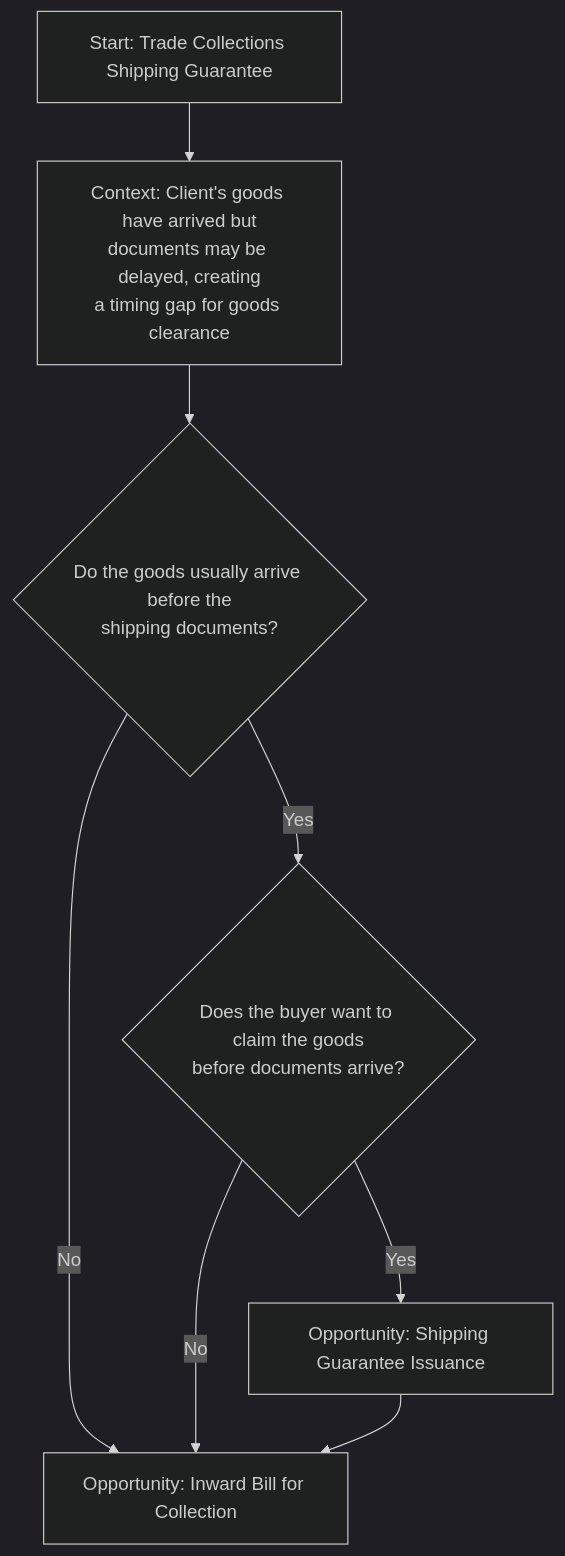
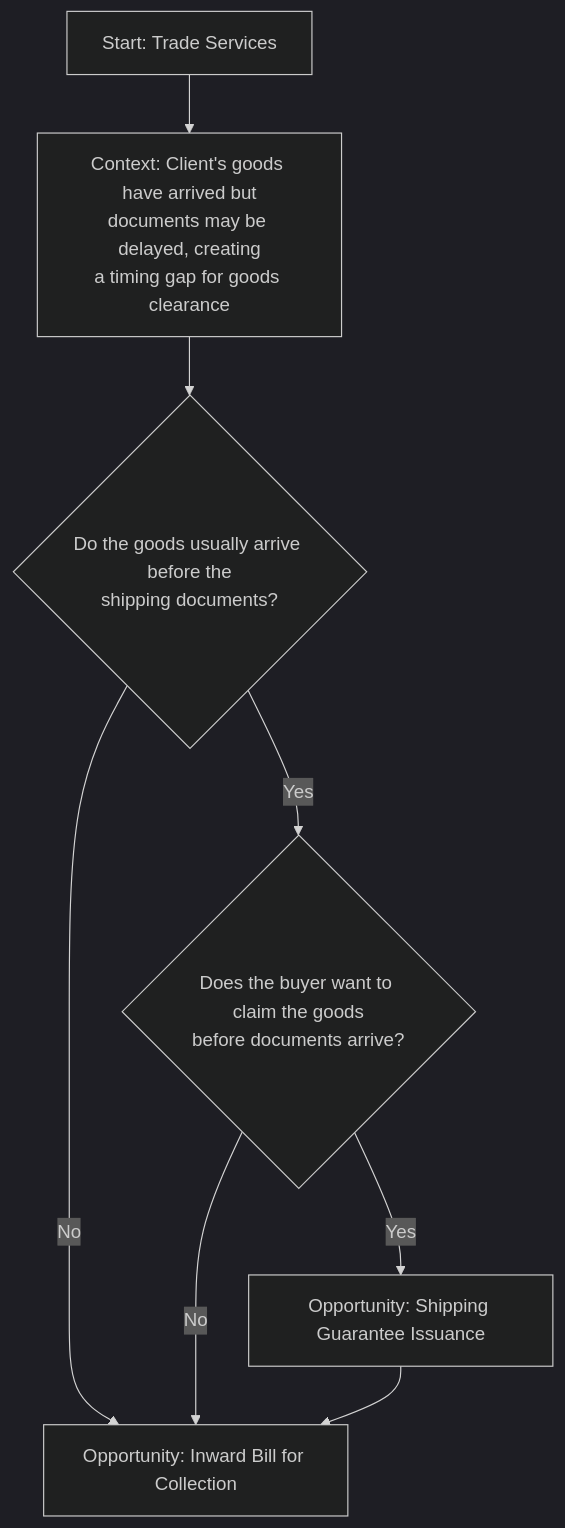
The diagram in tvc_decision_trees/collections_decision_trees/trade_services_tree.md (sage-develop/why), drawn with Mermaid (dark theme) before and after one commit. The commit also changed 3 other files, not shown here.

Commit message:
update Shipping guarantee tree to be Payment services

````diff
--- a/tvc_decision_trees/collections_decision_trees/trade_services_tree.md
+++ b/tvc_decision_trees/collections_decision_trees/trade_services_tree.md
@@ -10,11 +10,11 @@
 ```mermaid
-%% Trade Collections Shipping Guarantee
+%% Trade Collections Trade Services tree
 flowchart TD
-    Start[Start: Trade Collections Shipping Guarantee] --> A[Context: Client's goods have arrived but<br>documents may be delayed, creating<br>a timing gap for goods clearance]
+    Start[Start: Trade Services] --> A[Context: Client's goods have arrived but<br>documents may be delayed, creating<br>a timing gap for goods clearance]
     A --> B{"Do the goods usually arrive before the<br>shipping documents?"}
     B -- No --> C["Opportunity: Inward Bill for Collection"]
     B -- Yes --> D{"Does the buyer want to claim the goods<br>before documents arrive?"}
     D -- Yes --> E["Opportunity: Shipping Guarantee Issuance"]
     D -- No --> C
     E --> C
 ```
````
